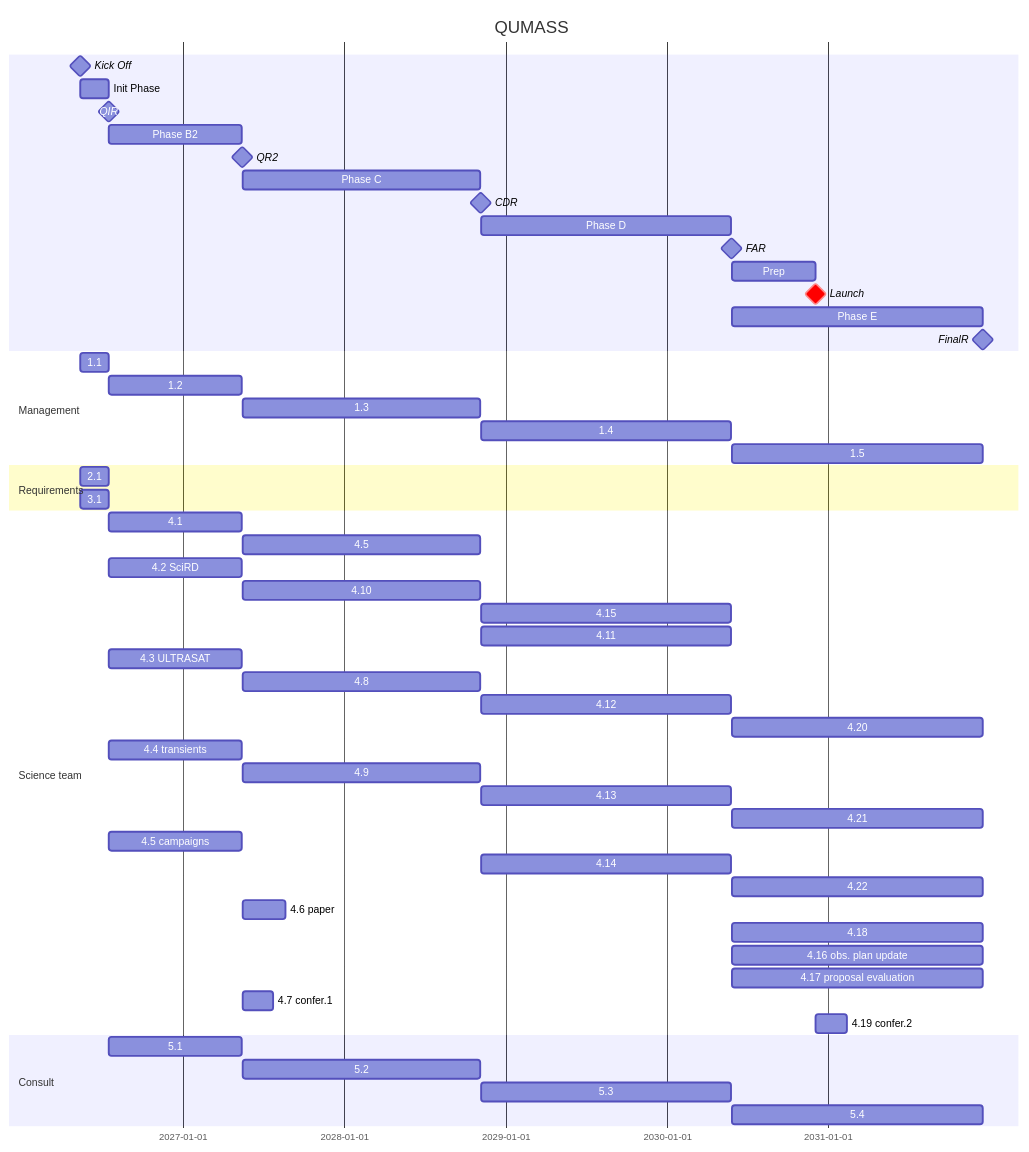
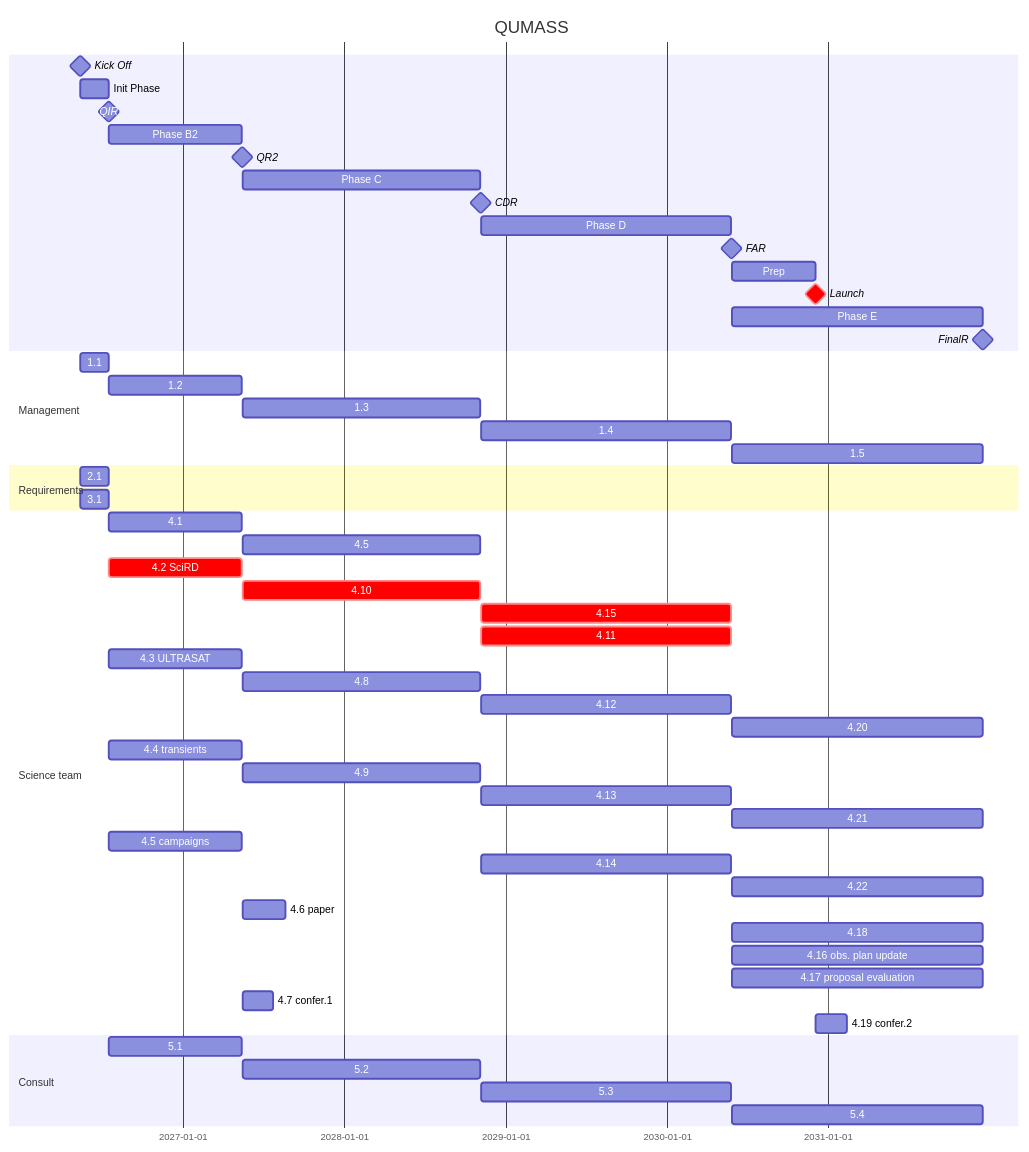
One commit to limu007/quvik changed the diagram in calib/Science.md. Above: the diagram before and after it, drawn with Mermaid.

Commit message:
Update Science.md to mark sections as critical

````diff
--- a/calib/Science.md
+++ b/calib/Science.md
@@ -1,58 +1,58 @@
 ```mermaid
 gantt
     title QUMASS
     dateFormat  YYYY-MM-DD
     Kick Off : milestone, ko, 2026-05-14, 1d
     Init Phase : b1, after ko, 9w
     QIR : milestone, ir, after b1, 1d
     Phase B2 : b2, after ir, 43w
     QR2 : milestone, pdr, after b2, 1d
     Phase C : c1, after pdr, 77w
     CDR : milestone, cdr, after c1, 1d
     Phase D : d1, after cdr, 81w
     FAR : milestone, far, after d1, 1d
     Prep : prep, after far, 27w
     Launch : crit, milestone, frr, after prep, 1d
     Phase E : e1, after far, 81w
     FinalR : milestone, fr, after e1, 1d
 
     section Management
     1.1 : after ko, until ir
     1.2 : after ir, until pdr
     1.3 : after pdr, until cdr
     1.4 : after cdr, until far
     1.5 : after far, until fr
     section Requirements
     2.1 : after ko, until ir
     3.1 : after ko, until ir
     section Science team
     4.1 : after ir, until pdr
     4.5 : after pdr, until cdr
-    4.2 SciRD : after ir, until pdr
-    4.10 : after pdr, until cdr
-    4.15 : after cdr, until far
-    4.11 : after cdr, until far
+    4.2 SciRD : crit, after ir, until pdr
+    4.10 : crit, after pdr, until cdr
+    4.15 : crit, after cdr, until far
+    4.11 : crit, after cdr, until far
     4.3 ULTRASAT : after ir, until pdr
     4.8 : after pdr, until cdr
     4.12 : after cdr, until far
     4.20 : after far, until fr
     4.4 transients : after ir, until pdr
     4.9 : after pdr, until cdr
     4.13 : after cdr, until far
     4.21 : after far, until fr
     4.5 campaigns : after ir, until pdr
     4.14 : after cdr, until far
     4.22 : after far, until fr
     4.6 paper : after pdr, 14w
     4.18 : after far, until fr
     4.16 obs. plan update : after far, until fr
     4.17 proposal evaluation : after far, until fr
     4.7 confer.1 : after pdr, 10w
     4.19 confer.2 : after frr, 10w
     section Consult
     5.1 : after ir, until pdr
     5.2 : after pdr, until cdr
     5.3 : after cdr, until far
     5.4 : after far, until fr
 
 ```
````
